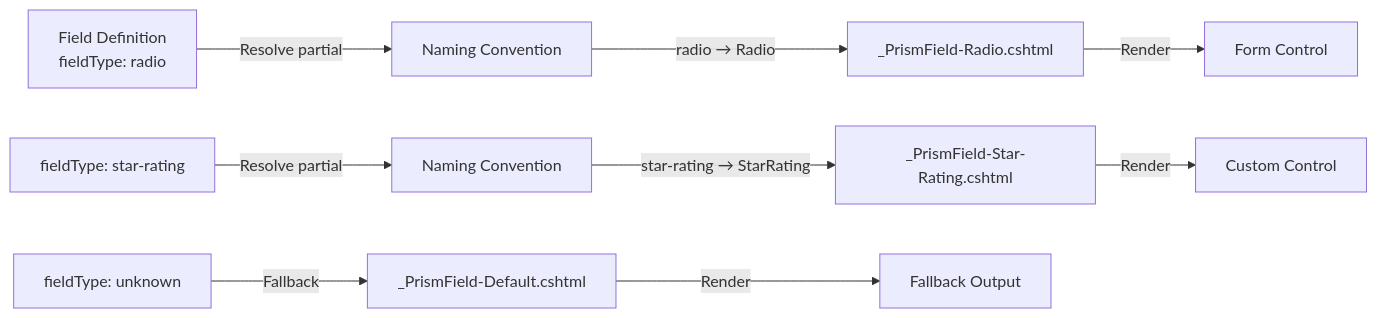
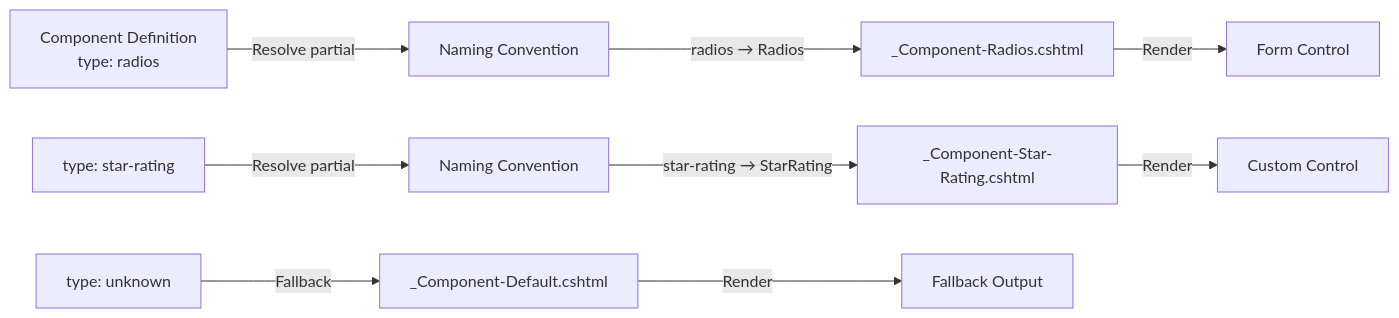
Before and after one commit to jonnymuir/Umbraco.Prism: the third of 3 diagrams in docs/guides/workflow-setup.md, drawn with Mermaid. The commit also changed other lines of this file and 11 other files, not shown here.

````diff
--- a/docs/guides/workflow-setup.md
+++ b/docs/guides/workflow-setup.md
@@ -461,11 +463,11 @@
 ```mermaid
 graph LR
-    A["Field Definition<br/>fieldType: radio"] -->|Resolve partial| B["Naming Convention"]
-    B -->|radio → Radio| C["_PrismField-Radio.cshtml"]
-    A2["fieldType: star-rating"] -->|Resolve partial| B2["Naming Convention"]
-    B2 -->|star-rating → StarRating| C2["_PrismField-Star-Rating.cshtml"]
-    A3["fieldType: unknown"] -->|Fallback| D["_PrismField-Default.cshtml"]
+    A["Component Definition<br/>type: radios"] -->|Resolve partial| B["Naming Convention"]
+    B -->|radios → Radios| C["_Component-Radios.cshtml"]
+    A2["type: star-rating"] -->|Resolve partial| B2["Naming Convention"]
+    B2 -->|star-rating → StarRating| C2["_Component-Star-Rating.cshtml"]
+    A3["type: unknown"] -->|Fallback| D["_Component-Default.cshtml"]
     C -->|Render| E["Form Control"]
     C2 -->|Render| F["Custom Control"]
     D -->|Render| G["Fallback Output"]
 ```
````
